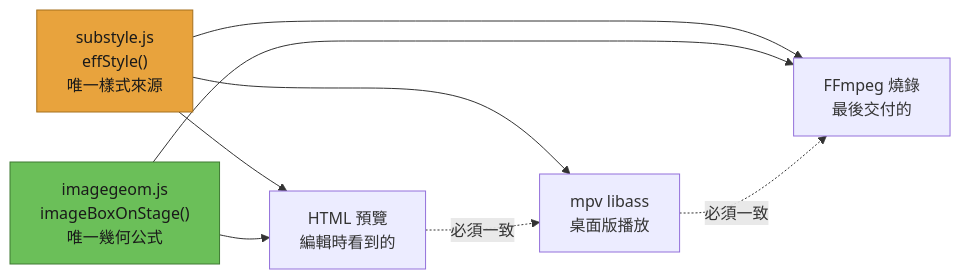
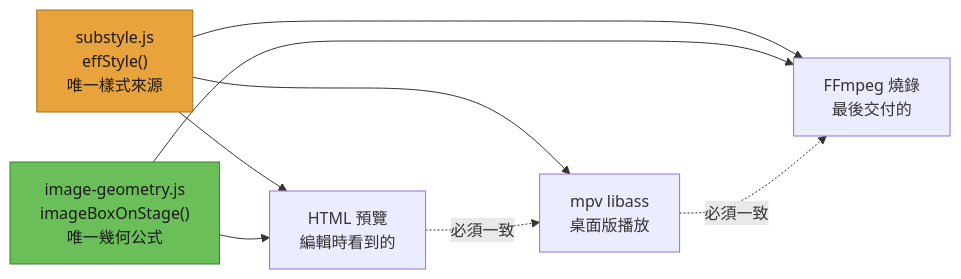
The diagram in README.md (evanwayc-star/SUB_Tool), drawn with Mermaid before and after one commit. The commit also changed other lines of this file and 78 other files, not shown here.

````diff
--- a/README.md
+++ b/README.md
@@ -110,18 +110,18 @@
 ```mermaid
 flowchart LR
   S["substyle.js<br/>effStyle()<br/>唯一樣式來源"]
-  G["imagegeom.js<br/>imageBoxOnStage()<br/>唯一幾何公式"]
+  G["image-geometry.js<br/>imageBoxOnStage()<br/>唯一幾何公式"]
 
   S --> A["HTML 預覽<br/>編輯時看到的"]
   S --> B["mpv libass<br/>桌面版播放"]
   S --> C["FFmpeg 燒錄<br/>最後交付的"]
 
   G --> A
   G --> C
 
   A -. 必須一致 .-> B
   B -. 必須一致 .-> C
 
   style S fill:#e8a33d,stroke:#a5701c,color:#1a1a1a
   style G fill:#6bbf59,stroke:#3f7a33,color:#1a1a1a
 ```
````
